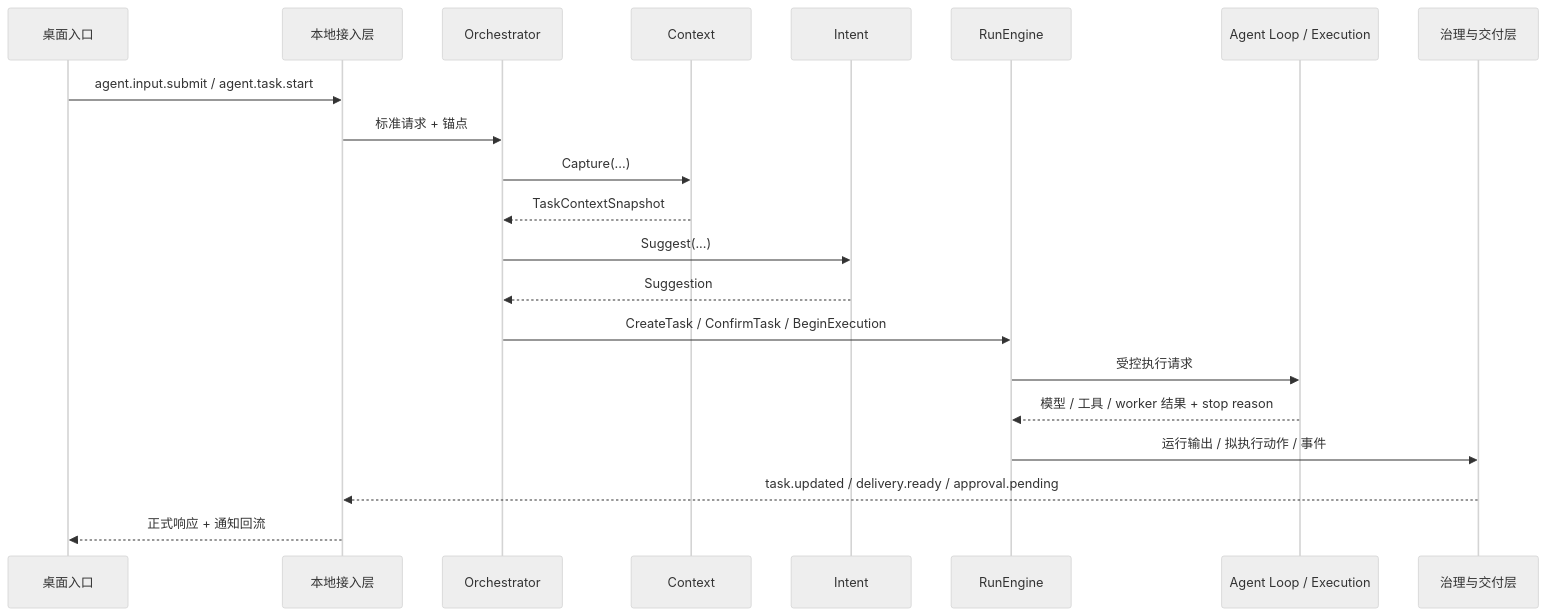
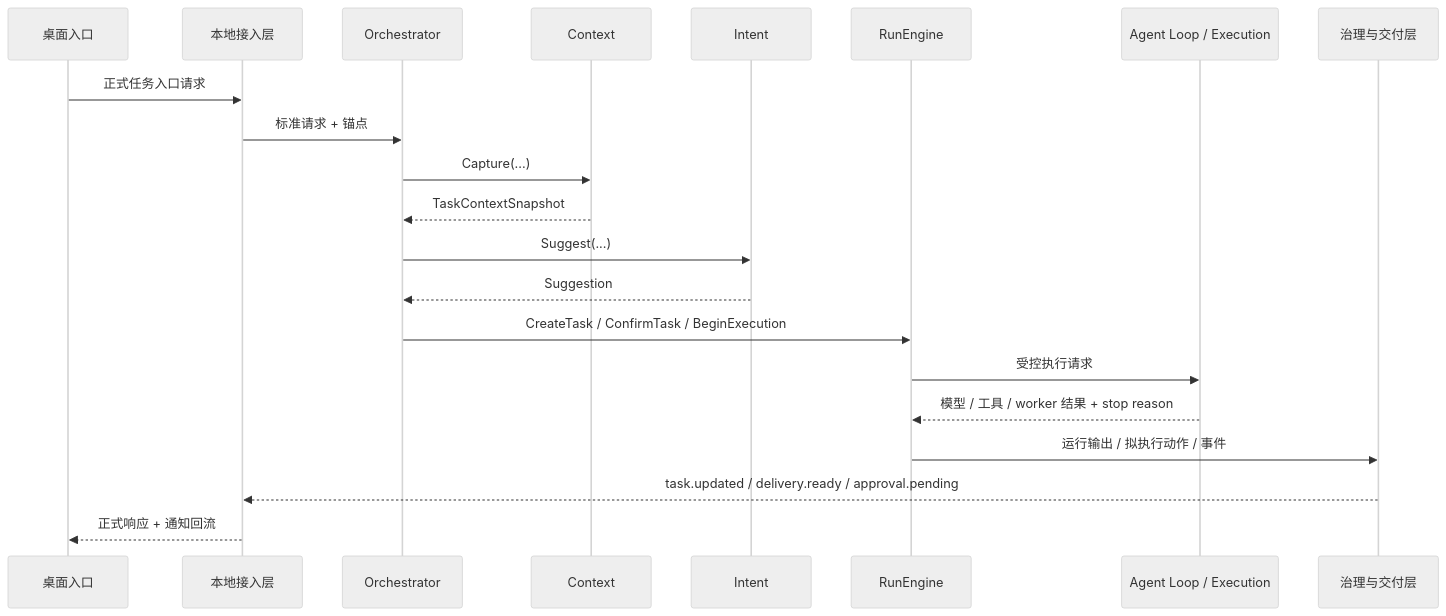
One commit to Blackcloudss/CialloClaw changed the third of 5 diagrams in docs/architecture-overview.md. Above: the diagram before and after it, drawn with Mermaid (neutral theme). The commit also changed other lines of this file, not shown here.

Commit message:
docs(architecture): trim protocol overlap in overview

````diff
--- a/docs/architecture-overview.md
+++ b/docs/architecture-overview.md
@@ -302,24 +302,24 @@
 ```mermaid
 sequenceDiagram
     participant UI as 桌面入口
     participant RPC as 本地接入层
     participant OR as Orchestrator
     participant CTX as Context
     participant INT as Intent
     participant RUN as RunEngine
     participant EXEC as Agent Loop / Execution
     participant GOV as 治理与交付层
 
-    UI->>RPC: agent.input.submit / agent.task.start
+    UI->>RPC: 正式任务入口请求
     RPC->>OR: 标准请求 + 锚点
     OR->>CTX: Capture(...)
     CTX-->>OR: TaskContextSnapshot
     OR->>INT: Suggest(...)
     INT-->>OR: Suggestion
     OR->>RUN: CreateTask / ConfirmTask / BeginExecution
     RUN->>EXEC: 受控执行请求
     EXEC-->>RUN: 模型 / 工具 / worker 结果 + stop reason
     RUN->>GOV: 运行输出 / 拟执行动作 / 事件
     GOV-->>RPC: task.updated / delivery.ready / approval.pending
     RPC-->>UI: 正式响应 + 通知回流
 ```
````
